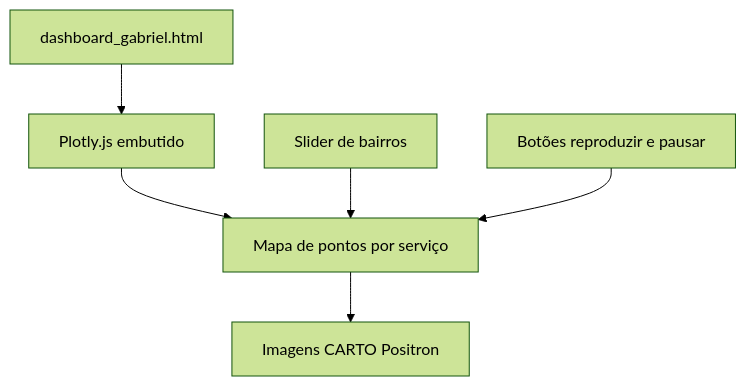
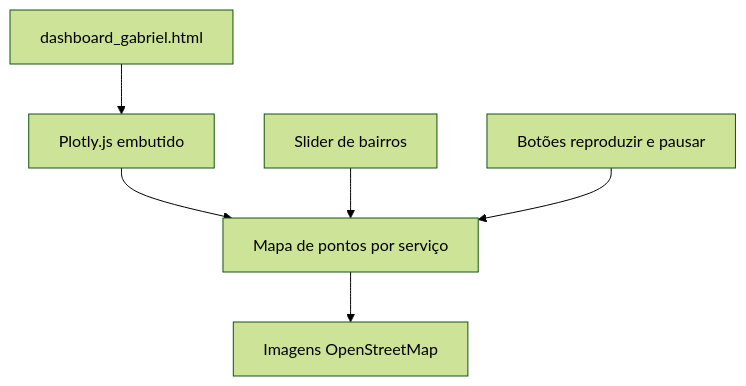
The diagram in README.md (paotheonn/dashboard_recife), drawn with Mermaid (forest theme) before and after one commit. The commit also changed other lines of this file and 1 other file, not shown here.

First line of the commit message:
Troca o mapa base para o OpenStreetMap

````diff
--- a/README.md
+++ b/README.md
@@ -30,8 +30,8 @@
 ```mermaid
 flowchart TD
   html["dashboard_gabriel.html"] --> plotly["Plotly.js embutido"]
   plotly --> mapa["Mapa de pontos por serviço"]
   slider["Slider de bairros"] --> mapa
   play["Botões reproduzir e pausar"] --> mapa
-  mapa --> tiles["Imagens CARTO Positron"]
+  mapa --> tiles["Imagens OpenStreetMap"]
 ```
````
